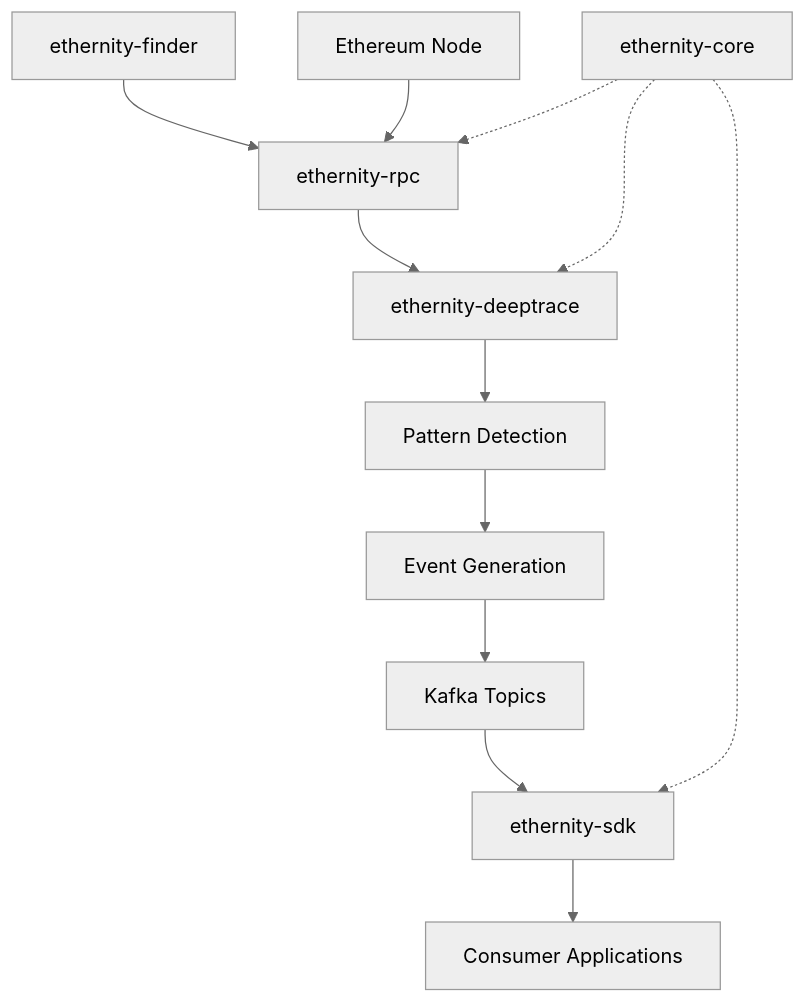
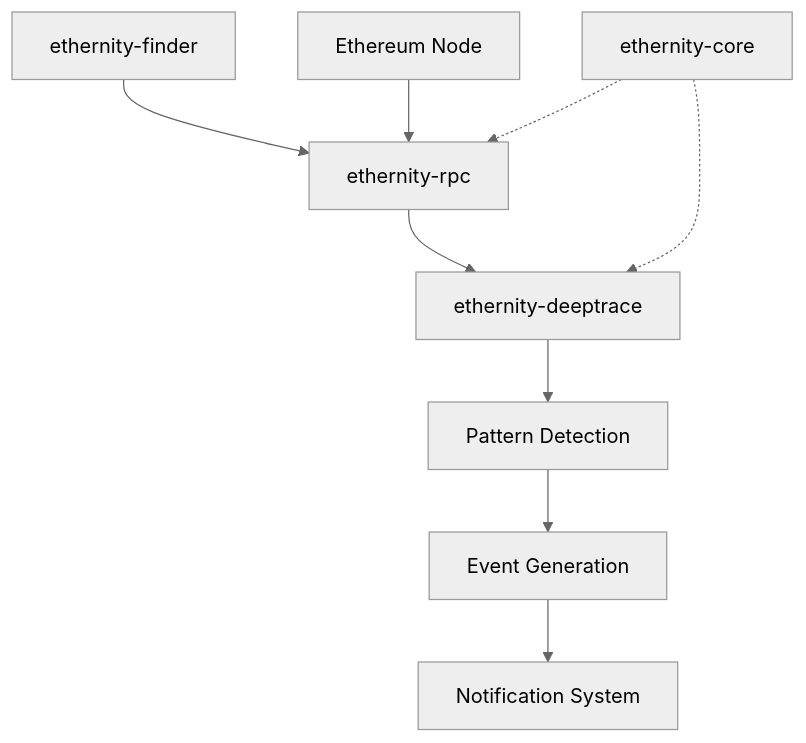
One commit to angu-team/ethernity changed the diagram in README.md. Above: the diagram before and after it, drawn with Mermaid (neutral theme). The commit also changed other lines of this file and 6 other files, not shown here.

````diff
--- a/README.md
+++ b/README.md
@@ -65,15 +51,12 @@
 ```mermaid
 graph TD
     S[ethernity-finder] --> B[ethernity-rpc]
     A[Ethereum Node] --> B[ethernity-rpc]
     B --> C[ethernity-deeptrace]
     C --> D[Pattern Detection]
     D --> E[Event Generation]
-    E --> F[Kafka Topics]
-    F --> G[ethernity-sdk]
-    G --> H[Consumer Applications]
-    
+    E --> H[Notification System]
+
     I[ethernity-core] -.-> B
     I -.-> C
-    I -.-> G
 ```
````
